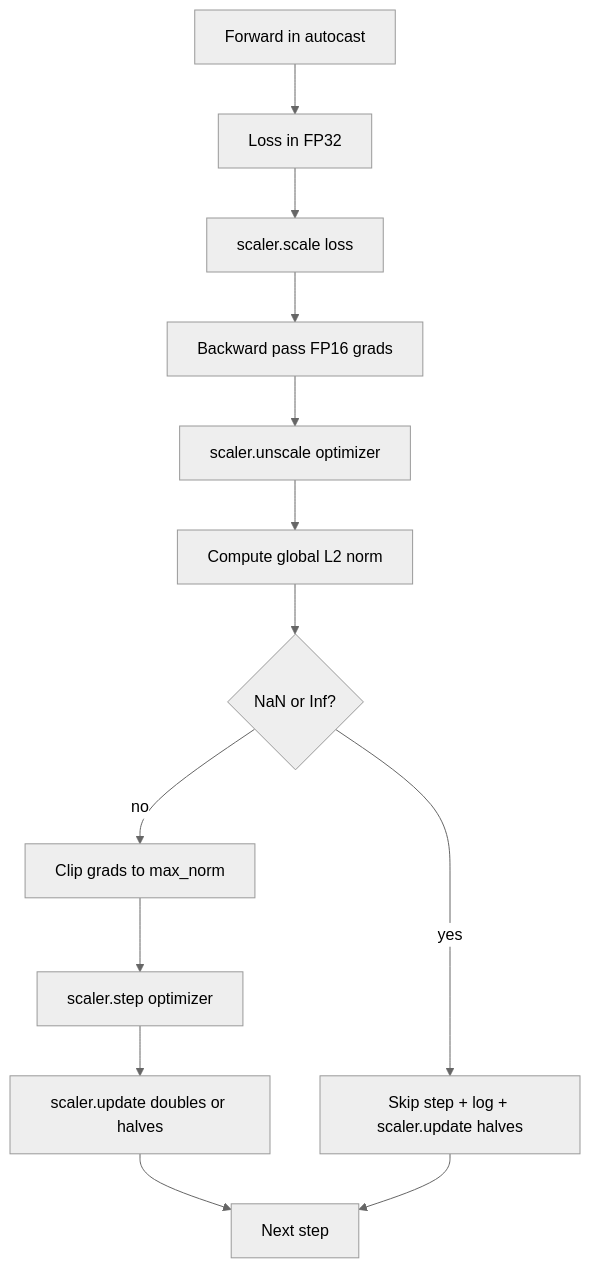
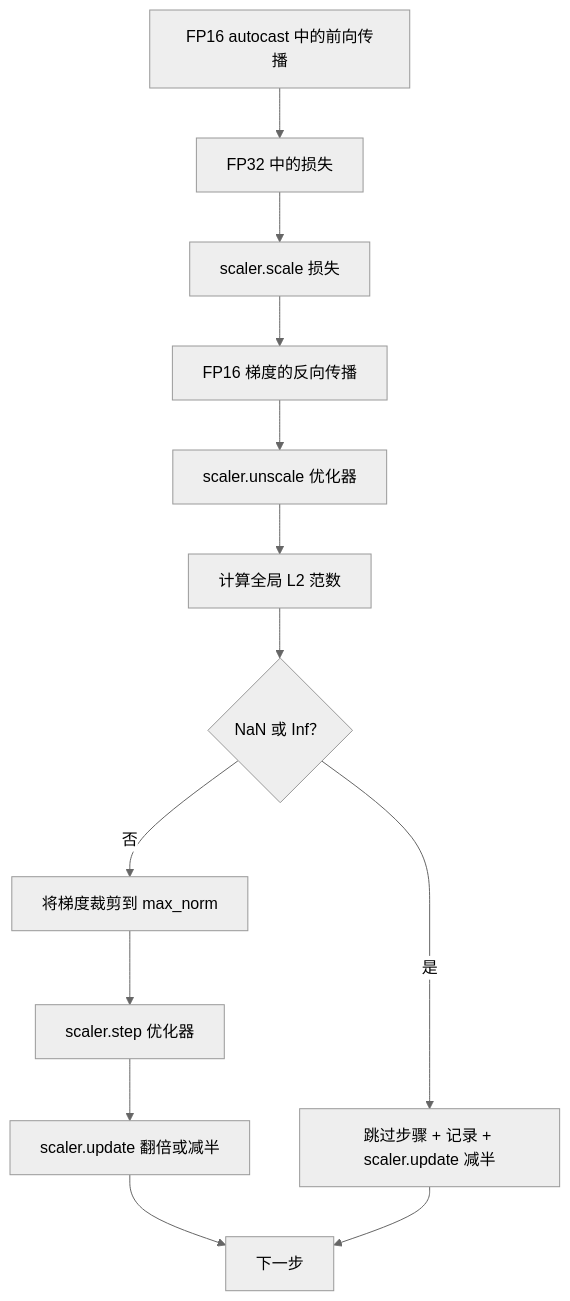
One commit to guangningsun/ailearning changed the diagram in lessons/19-capstone-projects/45-gradient-clipping-amp/docs/zh.md. Above: the diagram before and after it, drawn with Mermaid (neutral theme). The commit also changed other lines of this file and 85 other files, not shown here.

````diff
--- a/lessons/19-capstone-projects/45-gradient-clipping-amp/docs/zh.md
+++ b/lessons/19-capstone-projects/45-gradient-clipping-amp/docs/zh.md
@@ -27,15 +27,15 @@
 ```mermaid
 flowchart TD
-  Forward[Forward in autocast] --> Loss[Loss in FP32]
-  Loss --> Scale[scaler.scale loss]
-  Scale --> Backward[Backward pass FP16 grads]
-  Backward --> Unscale[scaler.unscale optimizer]
-  Unscale --> NormCheck[Compute global L2 norm]
-  NormCheck --> Detect{NaN or Inf?}
-  Detect -- yes --> Skip[Skip step + log + scaler.update halves]
-  Detect -- no --> Clip[Clip grads to max_norm]
-  Clip --> StepOpt[scaler.step optimizer]
-  StepOpt --> Update[scaler.update doubles or halves]
-  Update --> NextStep[Next step]
+  Forward["FP16 autocast 中的前向传播"] --> Loss["FP32 中的损失"]
+  Loss --> Scale["scaler.scale 损失"]
+  Scale --> Backward["FP16 梯度的反向传播"]
+  Backward --> Unscale["scaler.unscale 优化器"]
+  Unscale --> NormCheck["计算全局 L2 范数"]
+  NormCheck --> Detect{"NaN 或 Inf？"}
+  Detect -- 是 --> Skip["跳过步骤 + 记录 + scaler.update 减半"]
+  Detect -- 否 --> Clip["将梯度裁剪到 max_norm"]
+  Clip --> StepOpt["scaler.step 优化器"]
+  StepOpt --> Update["scaler.update 翻倍或减半"]
+  Update --> NextStep["下一步"]
   Skip --> NextStep
 ```
````
